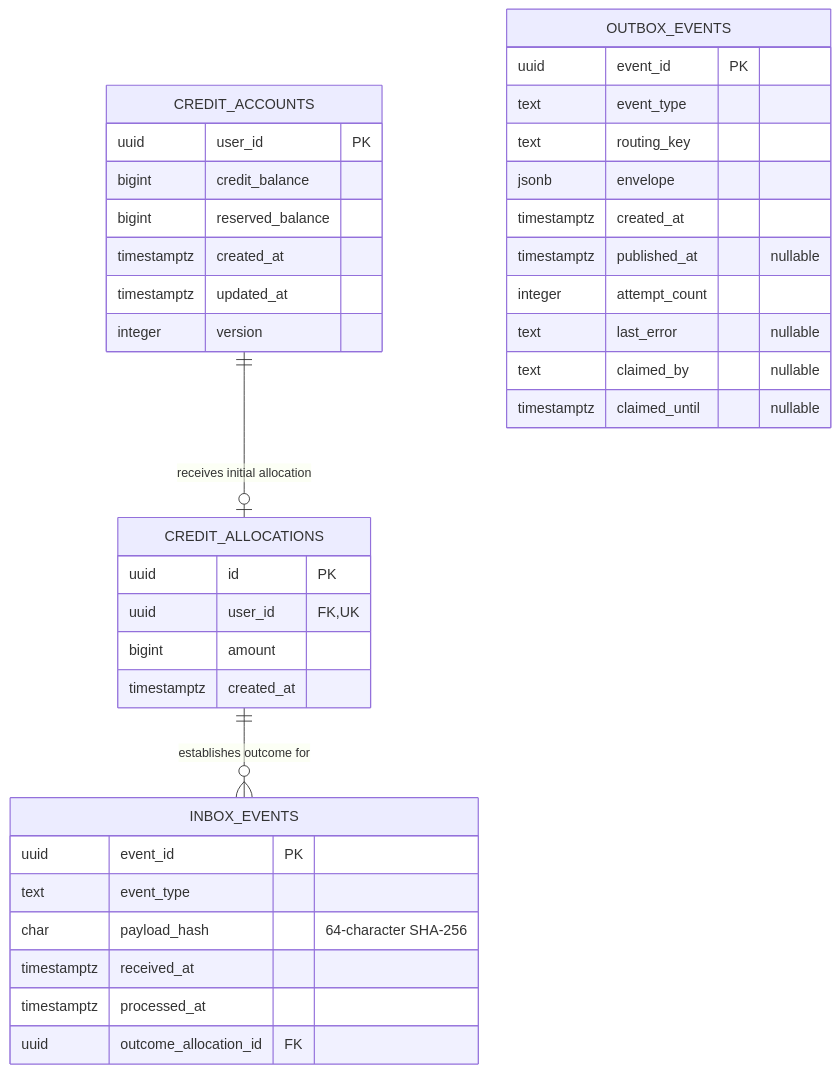
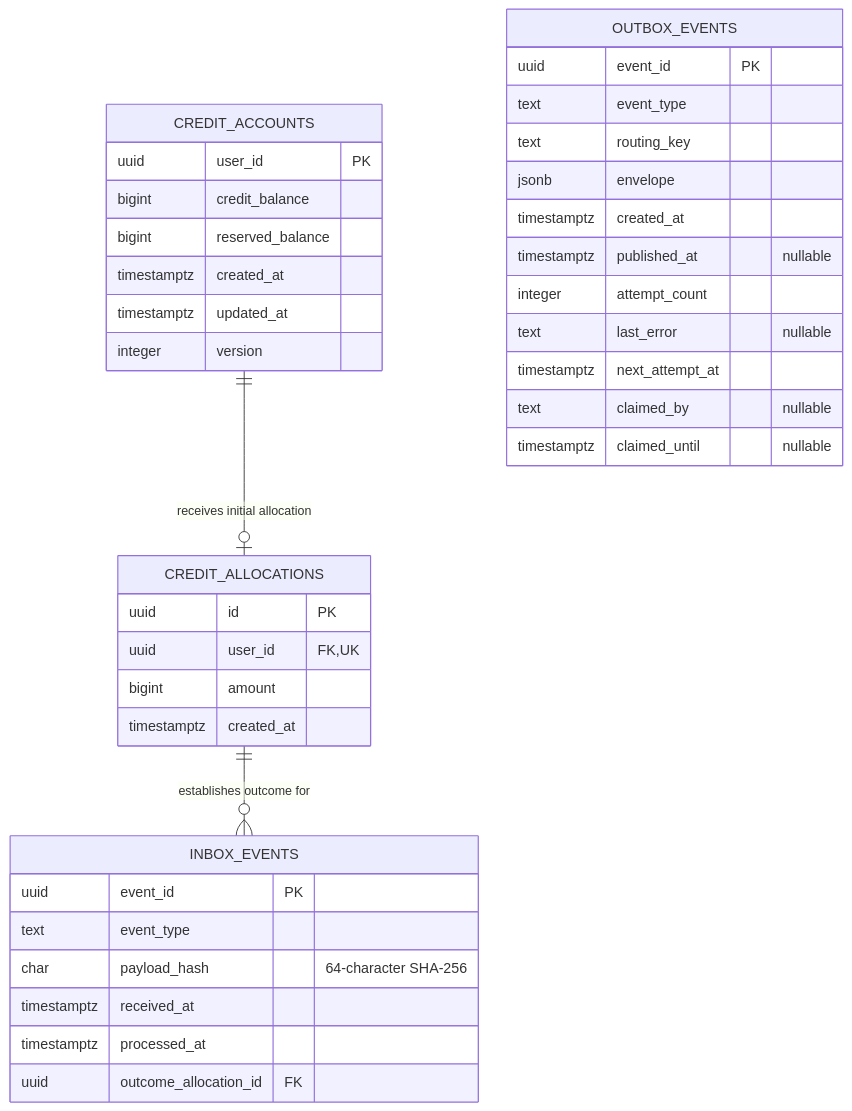
One commit to AY2627S1-CS3219-P27/FoC changed the diagram in credit-service/README.md. Above: the diagram before and after it, drawn with Mermaid. The commit also changed other lines of this file and 15 other files, not shown here.

````diff
--- a/credit-service/README.md
+++ b/credit-service/README.md
@@ -334,43 +334,44 @@
 ```mermaid
 erDiagram
     CREDIT_ACCOUNTS ||--o| CREDIT_ALLOCATIONS : "receives initial allocation"
     CREDIT_ALLOCATIONS ||--o{ INBOX_EVENTS : "establishes outcome for"
 
     CREDIT_ACCOUNTS {
         uuid user_id PK
         bigint credit_balance
         bigint reserved_balance
         timestamptz created_at
         timestamptz updated_at
         integer version
     }
 
     CREDIT_ALLOCATIONS {
         uuid id PK
         uuid user_id FK, UK
         bigint amount
         timestamptz created_at
     }
 
     INBOX_EVENTS {
         uuid event_id PK
         text event_type
         char payload_hash "64-character SHA-256"
         timestamptz received_at
         timestamptz processed_at
         uuid outcome_allocation_id FK
     }
 
     OUTBOX_EVENTS {
         uuid event_id PK
         text event_type
         text routing_key
         jsonb envelope
         timestamptz created_at
         timestamptz published_at "nullable"
         integer attempt_count
         text last_error "nullable"
+        timestamptz next_attempt_at
         text claimed_by "nullable"
         timestamptz claimed_until "nullable"
     }
 ```
````
